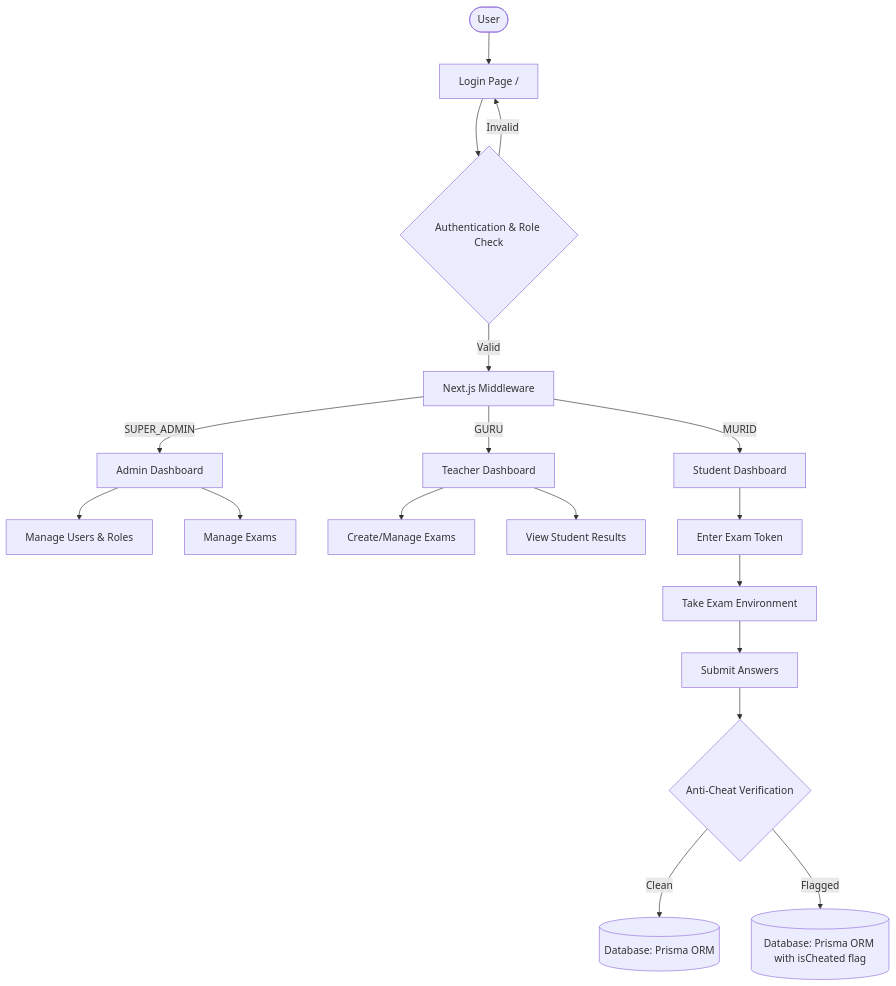
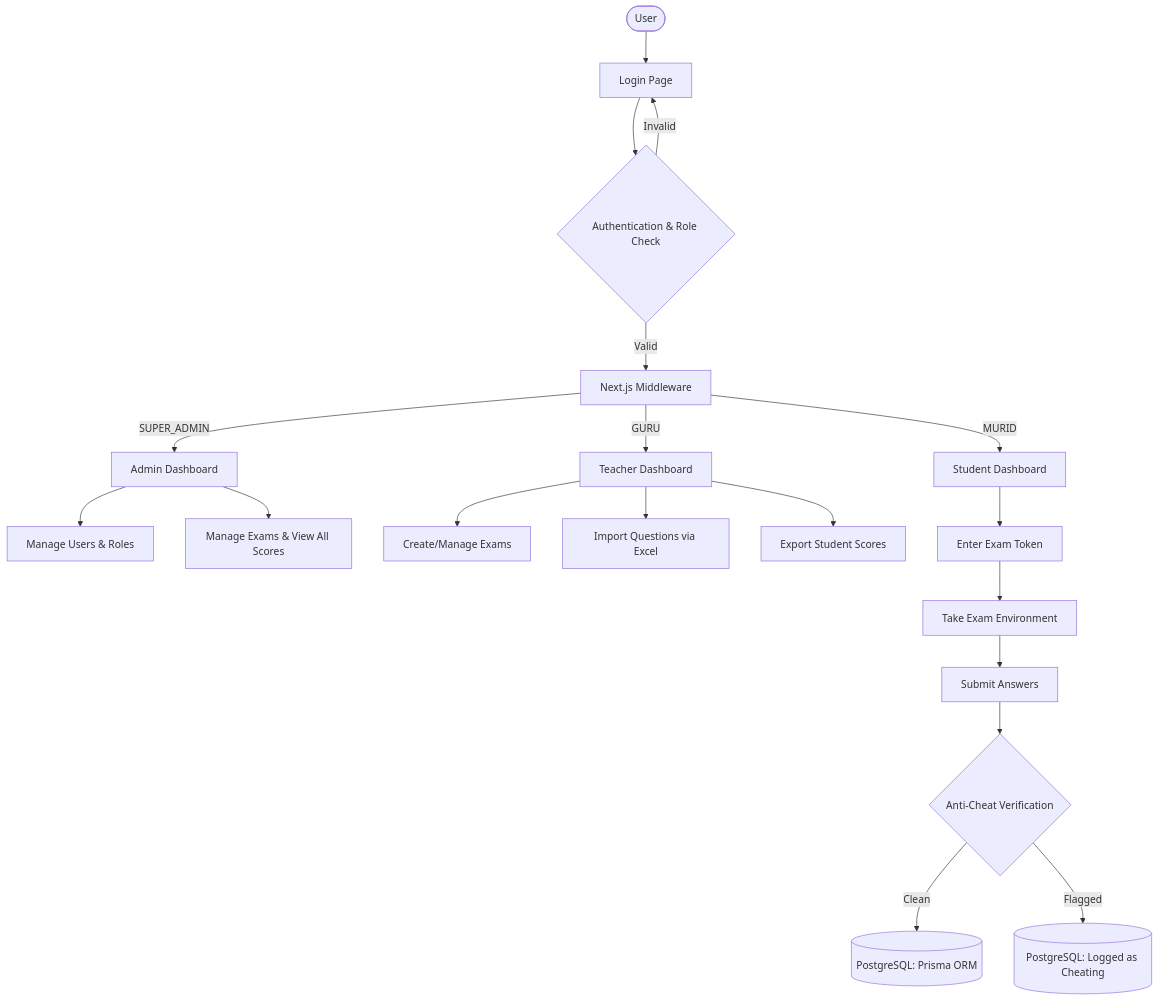
The diagram in README.md (Alvinhidayatullah/WEB-CBT), drawn with Mermaid before and after one commit. The commit also changed other lines of this file, not shown here.

Commit message:
docs: comprehensively update README with latest features and architecture

````diff
--- a/README.md
+++ b/README.md
@@ -28,28 +39,29 @@
 ```mermaid
 graph TD
-    User([User]) --> Login[Login Page /]
+    User([User]) --> Login[Login Page]
     
     Login --> AuthCheck{Authentication & Role Check}
     
     AuthCheck -- Invalid --> Login
     AuthCheck -- Valid --> Middleware[Next.js Middleware]
     
     Middleware -- SUPER_ADMIN --> AdminDash[Admin Dashboard]
     Middleware -- GURU --> TeacherDash[Teacher Dashboard]
     Middleware -- MURID --> StudentDash[Student Dashboard]
     
     AdminDash --> ManageUsers[Manage Users & Roles]
-    AdminDash --> ManageExamsAdmin[Manage Exams]
+    AdminDash --> ManageExamsAdmin[Manage Exams & View All Scores]
     
     TeacherDash --> ManageExams[Create/Manage Exams]
-    TeacherDash --> ViewResults[View Student Results]
+    TeacherDash --> ImportExcel[Import Questions via Excel]
+    TeacherDash --> ExportExcel[Export Student Scores]
     
     StudentDash --> EnterToken[Enter Exam Token]
     EnterToken --> TakeExam[Take Exam Environment]
     
     TakeExam --> Submits[Submit Answers]
     Submits --> AntiCheat{Anti-Cheat Verification}
     
-    AntiCheat -- Clean --> SaveScore[(Database: Prisma ORM)]
-    AntiCheat -- Flagged --> SaveScoreFlagged[(Database: Prisma ORM with isCheated flag)]
+    AntiCheat -- Clean --> SaveScore[(PostgreSQL: Prisma ORM)]
+    AntiCheat -- Flagged --> SaveScoreFlagged[(PostgreSQL: Logged as Cheating)]
 ```
````
